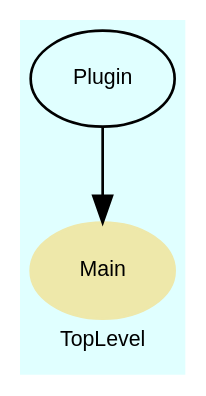
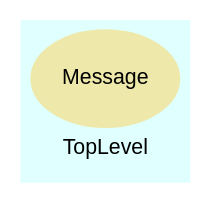
Before and after one commit to rsence/rsence: the diagram in trunk/server/doc/rdoc/dot/f_21.dot, drawn with Graphviz. The commit also changed 130 other files, not shown here.

```diff
--- a/trunk/server/doc/rdoc/dot/f_21.dot
+++ b/trunk/server/doc/rdoc/dot/f_21.dot
@@ -1,31 +1,22 @@
 digraph TopLevel {
     compound = true
     bgcolor = lightcyan1
     fontname = Arial
     fontsize = 8
     label = "TopLevel"
     node [
         fontname = Arial,
         fontsize = 8,
         color = black
     ]
 
-    Main [
+    Message [
         fontcolor = black,
-        URL = "classes/Main.html",
+        URL = "classes/Message.html",
         shape = ellipse,
         color = palegoldenrod,
         style = filled,
-        label = "Main"
-    ]
-
-    Plugin [
-        URL = "classes/Plugin.html",
-        label = "Plugin"
-    ]
-
-    Plugin -> Main [
-
+        label = "Message"
     ]
 
 }
```
